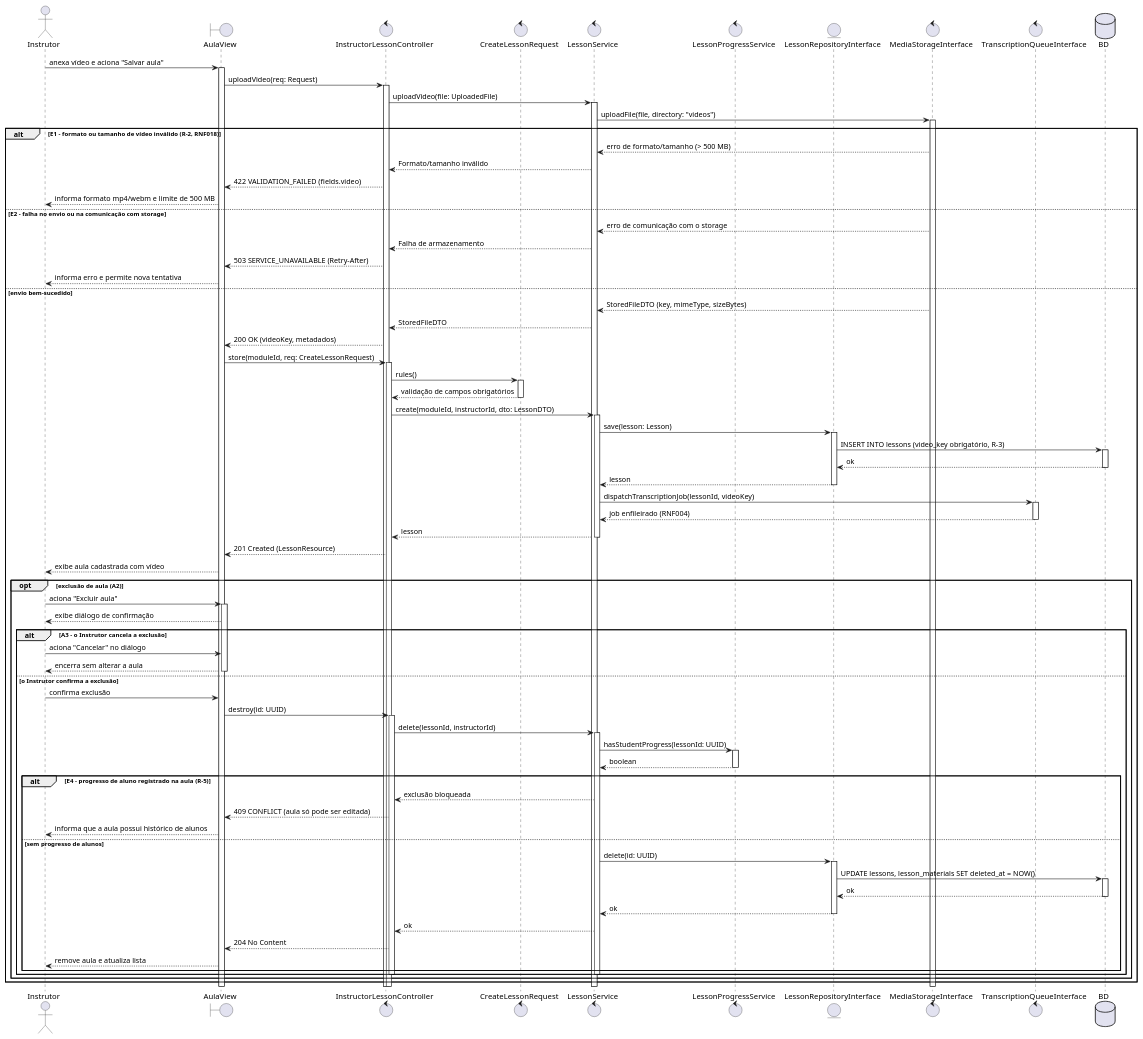
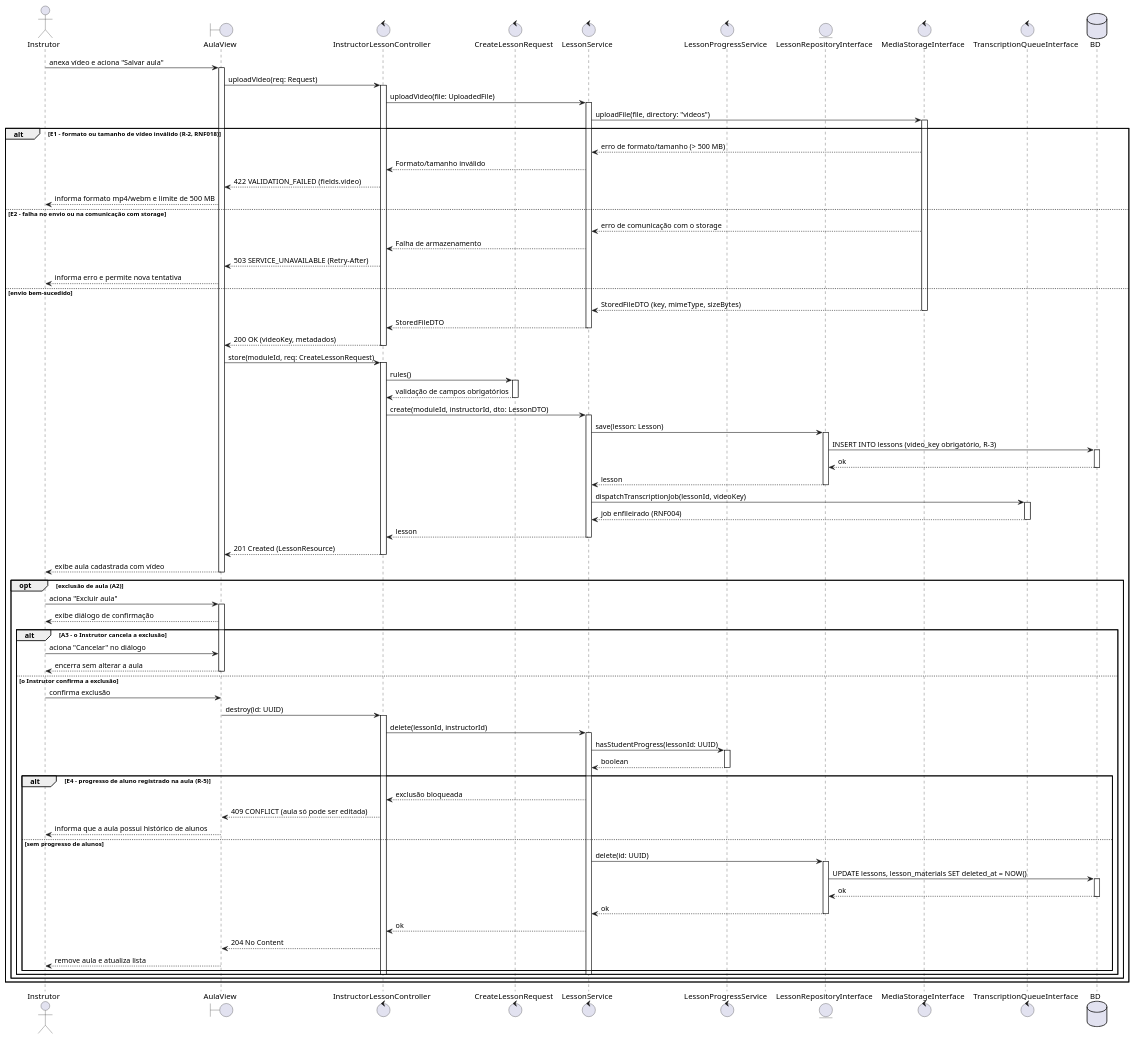
One commit to Plataforma-de-Cursos-TCC/plataforma-cursos-docs changed the diagram in scripts/drawio-seqgen/exemplos/14-sequencia-uc015.puml. Above: the diagram before and after it, drawn with PlantUML. The commit also changed 53 other files, not shown here.

First line of the commit message:
fix(diagrama-de-sequencia): use item 13 methods and alt rule in item 14

```diff
--- a/scripts/drawio-seqgen/exemplos/14-sequencia-uc015.puml
+++ b/scripts/drawio-seqgen/exemplos/14-sequencia-uc015.puml
@@ -3,75 +3,76 @@
 @startuml 14-sequencia-uc015
 
 actor Instrutor as INS
 boundary AulaView as V
 control InstructorLessonController as C
 control CreateLessonRequest as Q
 control LessonService as S
 control LessonProgressService as P
 entity LessonRepositoryInterface as R
 control MediaStorageInterface as M
 control TranscriptionQueueInterface as T
 database BD
 
 INS -> V ++ : anexa vídeo e aciona "Salvar aula"
 V -> C ++ : uploadVideo(req: Request)
 C -> S ++ : uploadVideo(file: UploadedFile)
 S -> M ++ : uploadFile(file, directory: "videos")
 alt E1 - formato ou tamanho de vídeo inválido (R-2, RNF018)
   M --> S : erro de formato/tamanho (> 500 MB)
   S --> C : Formato/tamanho inválido
   C --> V : 422 VALIDATION_FAILED (fields.video)
   V --> INS : informa formato mp4/webm e limite de 500 MB
 else E2 - falha no envio ou na comunicação com storage
   M --> S : erro de comunicação com o storage
   S --> C : Falha de armazenamento
   C --> V : 503 SERVICE_UNAVAILABLE (Retry-After)
   V --> INS : informa erro e permite nova tentativa
 else envio bem-sucedido
-  M --> S : StoredFileDTO (key, mimeType, sizeBytes)
-  S --> C : StoredFileDTO
-  C --> V : 200 OK (videoKey, metadados)
+  M --> S -- : StoredFileDTO (key, mimeType, sizeBytes)
+  S --> C -- : StoredFileDTO
+  C --> V -- : 200 OK (videoKey, metadados)
   V -> C ++ : store(moduleId, req: CreateLessonRequest)
   C -> Q ++ : rules()
   Q --> C -- : validação de campos obrigatórios
   C -> S ++ : create(moduleId, instructorId, dto: LessonDTO)
   S -> R ++ : save(lesson: Lesson)
   R -> BD ++ : INSERT INTO lessons (video_key obrigatório, R-3)
   BD --> R -- : ok
   R --> S -- : lesson
   S -> T ++ : dispatchTranscriptionJob(lessonId, videoKey)
   T --> S -- : job enfileirado (RNF004)
   S --> C -- : lesson
-  C --> V : 201 Created (LessonResource)
-  V --> INS : exibe aula cadastrada com vídeo
+  C --> V -- : 201 Created (LessonResource)
+  V --> INS -- : exibe aula cadastrada com vídeo
   opt exclusão de aula (A2)
     INS -> V ++ : aciona "Excluir aula"
     V --> INS : exibe diálogo de confirmação
     alt A3 - o Instrutor cancela a exclusão
       INS -> V : aciona "Cancelar" no diálogo
       V --> INS -- : encerra sem alterar a aula
     else o Instrutor confirma a exclusão
       INS -> V : confirma exclusão
       V -> C ++ : destroy(id: UUID)
       C -> S ++ : delete(lessonId, instructorId)
       S -> P ++ : hasStudentProgress(lessonId: UUID)
       P --> S -- : boolean
       alt E4 - progresso de aluno registrado na aula (R-5)
         S --> C : exclusão bloqueada
         C --> V : 409 CONFLICT (aula só pode ser editada)
         V --> INS : informa que a aula possui histórico de alunos
       else sem progresso de alunos
         S -> R ++ : delete(id: UUID)
         R -> BD ++ : UPDATE lessons, lesson_materials SET deleted_at = NOW()
         BD --> R -- : ok
         R --> S -- : ok
         S --> C : ok
         C --> V : 204 No Content
         V --> INS : remove aula e atualiza lista
       end
       deactivate S
       deactivate C
+      deactivate V
     end
   end
 end
 @enduml
```
